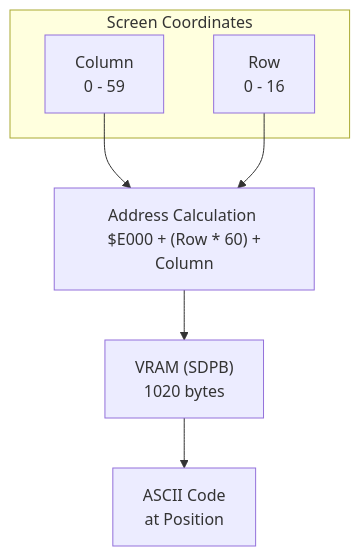
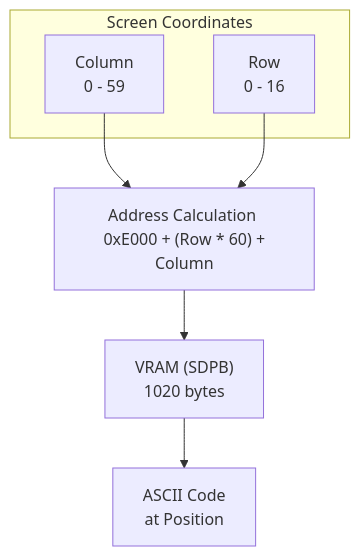
One commit to sokoide/tangnano_6502_cpu changed the second of 2 diagrams in day04_completed/README.md. Above: the diagram before and after it, drawn with Mermaid. The commit also changed other lines of this file and 11 other files, not shown here.

````diff
--- a/day04_completed/README.md
+++ b/day04_completed/README.md
@@ -150,11 +68,11 @@
 ```mermaid
 graph TD
     subgraph "Screen Coordinates"
         C["Column <br/> 0 - 59"]
         R["Row <br/> 0 - 16"]
     end
-    C --> CALC["Address Calculation <br/> $E000 + (Row * 60) + Column"]
+    C --> CALC["Address Calculation <br/> 0xE000 + (Row * 60) + Column"]
     R --> CALC
     CALC --> VRAM["VRAM (SDPB) <br/> 1020 bytes"]
     VRAM --> OUT["ASCII Code <br/> at Position"]
 ```
````
